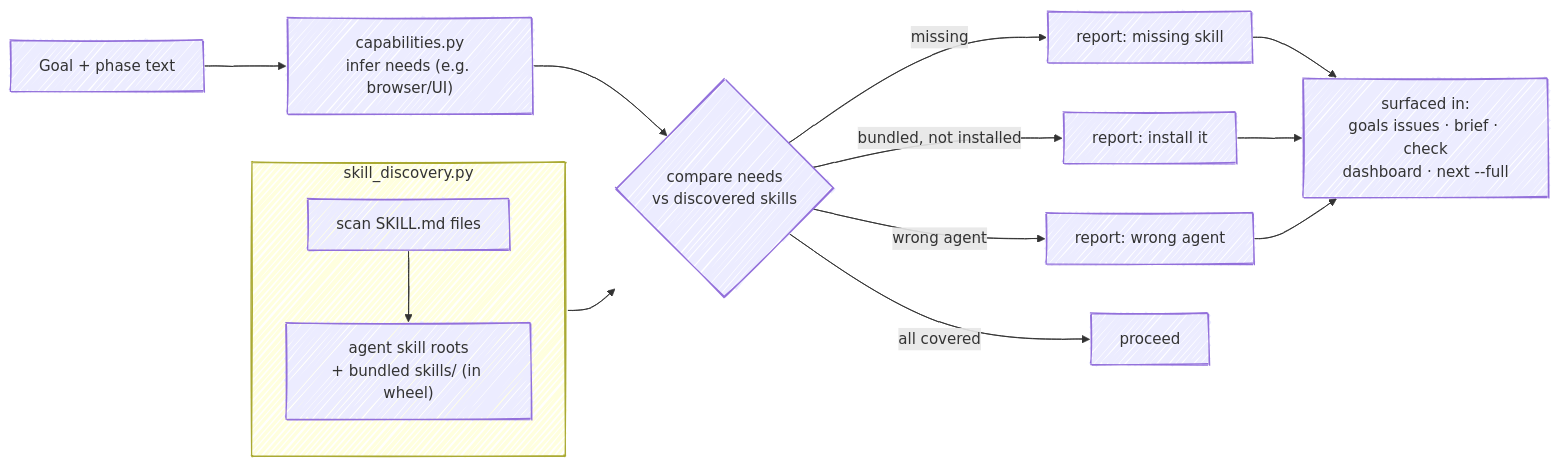
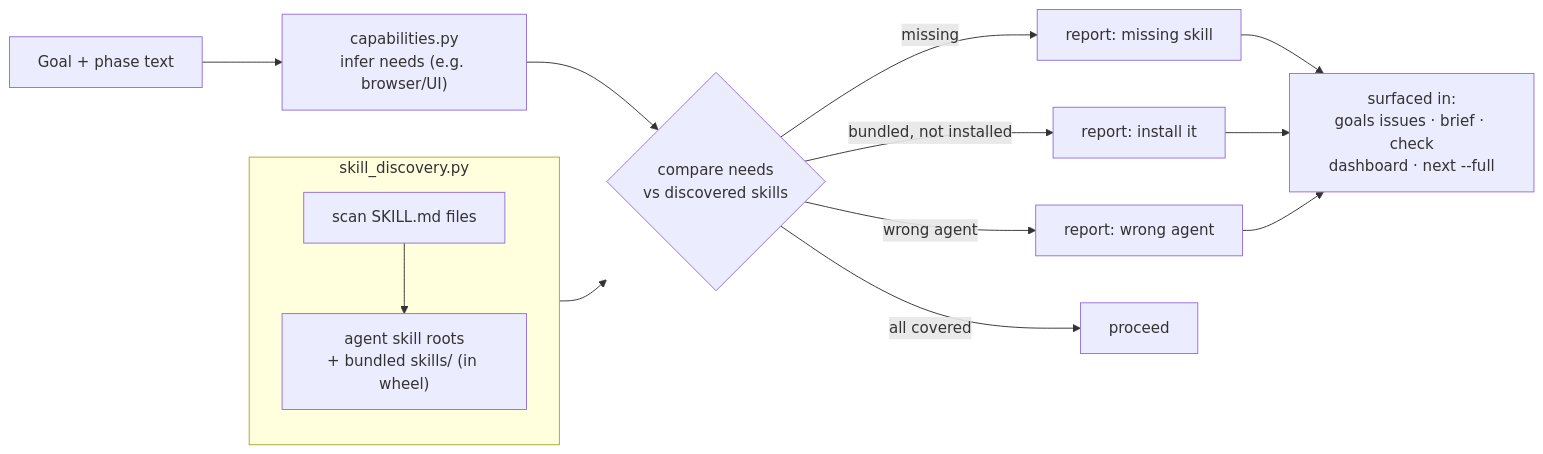
The third of 4 diagrams in docs/architecture.md (ShivamGupta42/goals), drawn with Mermaid before and after one commit. The commit also changed other lines of this file and 3 other files, not shown here.

First line of the commit message:
docs: readable hand-drawn lifecycle (PNG), solid diagrams elsewhere

````diff
--- a/docs/architecture.md
+++ b/docs/architecture.md
@@ -126,21 +124,20 @@
 ```mermaid
 ---
 config:
-  look: handDrawn
   theme: default
 ---
 flowchart LR
     goal[Goal + phase text] --> infer["capabilities.py<br/>infer needs (e.g. browser/UI)"]
     subgraph disc["skill_discovery.py"]
         scan["scan SKILL.md files"]
         roots["agent skill roots<br/>+ bundled skills/ (in wheel)"]
         scan --> roots
     end
     infer --> compare{"compare needs<br/>vs discovered skills"}
     disc --> compare
     compare -- missing --> gapM["report: missing skill"]
     compare -- "bundled, not installed" --> gapB["report: install it"]
     compare -- "wrong agent" --> gapW["report: wrong agent"]
     compare -- "all covered" --> ok["proceed"]
     gapM & gapB & gapW --> surface["surfaced in:<br/>goals issues · brief · check<br/>dashboard · next --full"]
 ```
````
